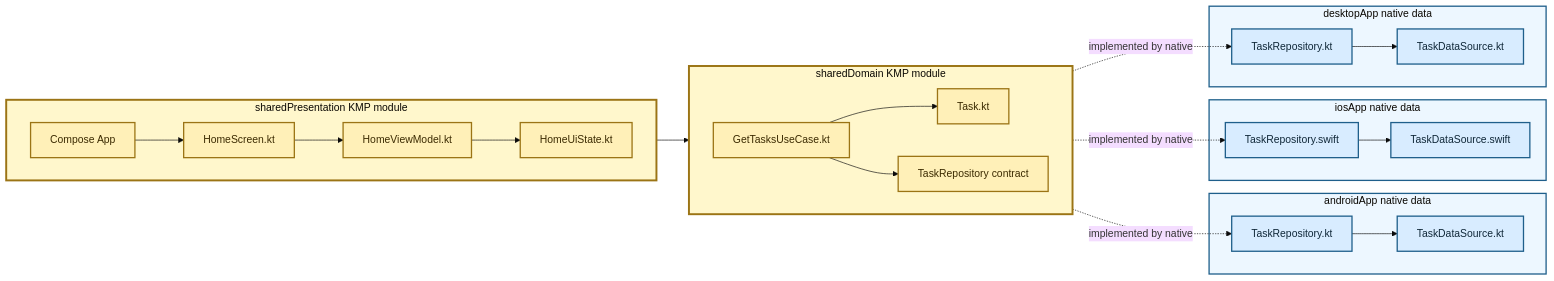
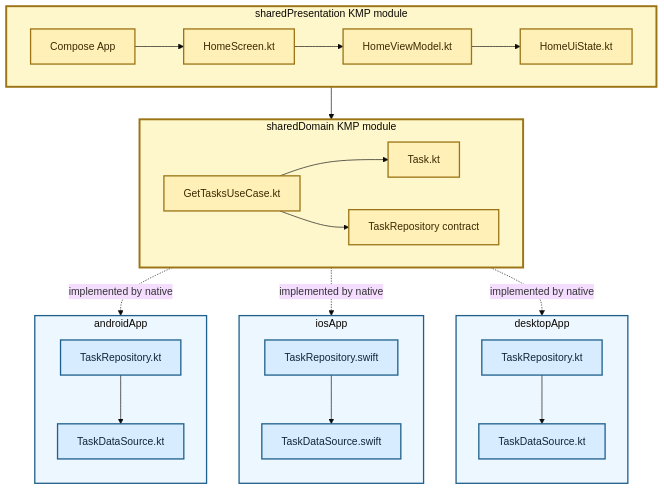
Before and after one commit to TheSetox/kmp-sample-diagrams: the diagram in diagrams/19-three-layer-kmp-domain-presentation.md, drawn with Mermaid (base theme). The commit also changed 19 other files, not shown here.

Commit message:
docs: align platform diagram boxes

````diff
--- a/diagrams/19-three-layer-kmp-domain-presentation.md
+++ b/diagrams/19-three-layer-kmp-domain-presentation.md
@@ -5,53 +5,56 @@
 ```mermaid
-flowchart LR
-  subgraph Android["androidApp native data"]
-    ARepository["TaskRepository.kt"]
-    ADataSource["TaskDataSource.kt"]
-    ARepository --> ADataSource
+flowchart TB
+  subgraph Desktop["desktopApp"]
+    direction TB
+    DRepository["TaskRepository.kt"]
+    DDataSource["TaskDataSource.kt"]
+    DRepository --> DDataSource
   end
 
-  subgraph IOS["iosApp native data"]
+  subgraph IOS["iosApp"]
+    direction TB
     IRepository["TaskRepository.swift"]
     IDataSource["TaskDataSource.swift"]
     IRepository --> IDataSource
   end
 
-  subgraph Desktop["desktopApp native data"]
-    DRepository["TaskRepository.kt"]
-    DDataSource["TaskDataSource.kt"]
-    DRepository --> DDataSource
+  subgraph Android["androidApp"]
+    direction TB
+    ARepository["TaskRepository.kt"]
+    ADataSource["TaskDataSource.kt"]
+    ARepository --> ADataSource
   end
 
   subgraph Presentation["sharedPresentation KMP module"]
     direction LR
     App["Compose App"]
     Screen["HomeScreen.kt"]
     VM["HomeViewModel.kt"]
     State["HomeUiState.kt"]
     App --> Screen --> VM --> State
   end
 
   subgraph Domain["sharedDomain KMP module"]
     direction LR
     UseCase["GetTasksUseCase.kt"]
     Entity["Task.kt"]
     RepositoryPort["TaskRepository contract"]
     UseCase --> Entity
     UseCase --> RepositoryPort
   end
 
   VM --> UseCase
   RepositoryPort -. "implemented by native" .-> ARepository
   RepositoryPort -. "implemented by native" .-> IRepository
   RepositoryPort -. "implemented by native" .-> DRepository
 
   classDef app fill:#d8ecff,stroke:#1f5f8b,color:#0f2738,stroke-width:2px;
   classDef kmp fill:#fff0b8,stroke:#9b7415,color:#3b2a00,stroke-width:2px;
   class ARepository,ADataSource,IRepository,IDataSource,DRepository,DDataSource app;
   class App,Screen,VM,State,UseCase,Entity,RepositoryPort kmp;
   style Android fill:#edf7ff,stroke:#1f5f8b,stroke-width:2px
   style IOS fill:#edf7ff,stroke:#1f5f8b,stroke-width:2px
   style Desktop fill:#edf7ff,stroke:#1f5f8b,stroke-width:2px
   style Presentation fill:#fff7cc,stroke:#9b7415,stroke-width:3px
   style Domain fill:#fff7cc,stroke:#9b7415,stroke-width:3px
 ```
````
